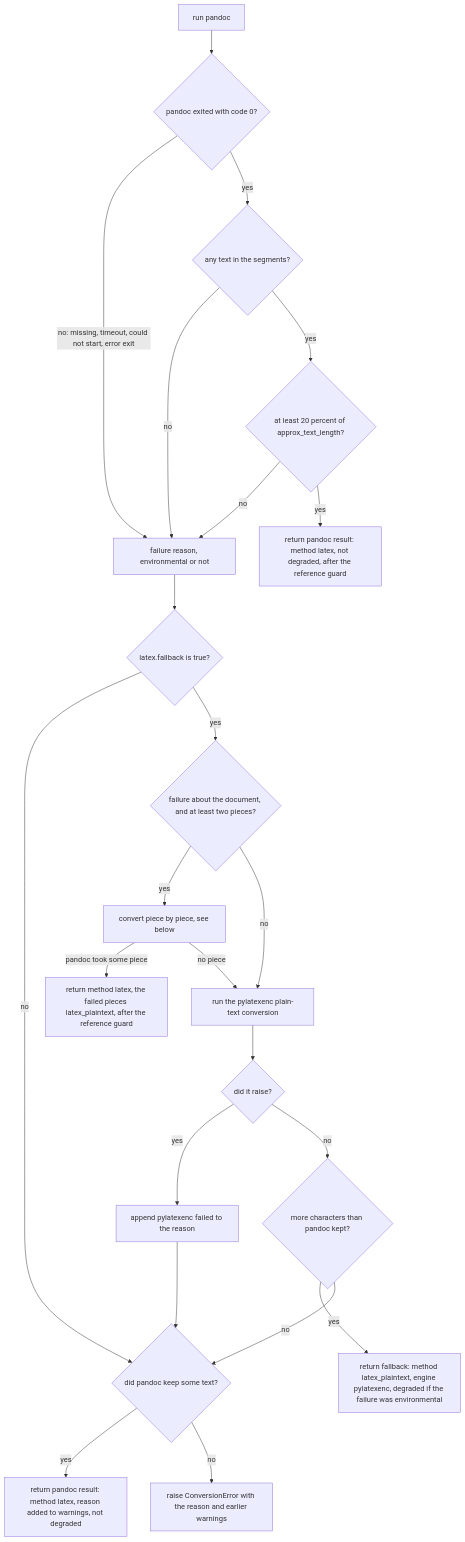
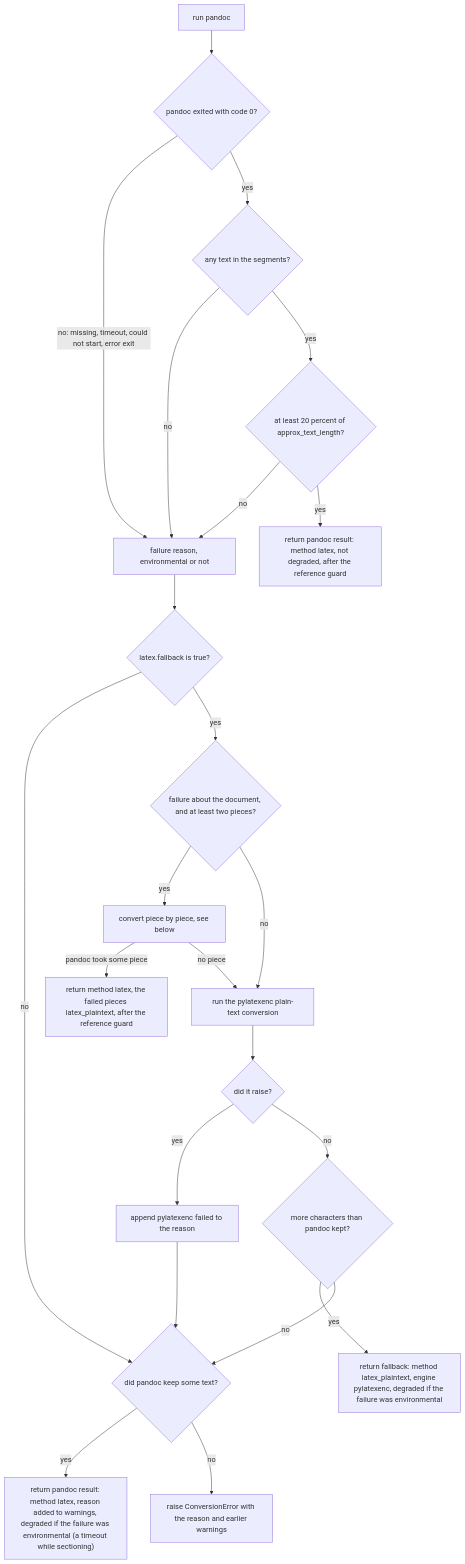
The fourth of 4 diagrams in packages/docingest/src/docingest/adapters/converters/README.md (LaloAsetsu/research-engine), drawn with Mermaid before and after one commit. The commit also changed other lines of this file and 4 other files, not shown here.

First line of the commit message:
fix(docingest): mark a short pandoc result degraded after a timeout

````diff
--- a/packages/docingest/src/docingest/adapters/converters/README.md
+++ b/packages/docingest/src/docingest/adapters/converters/README.md
@@ -392,25 +392,25 @@
 ```mermaid
 flowchart TD
     RUN["run pandoc"] --> RAN{"pandoc exited with code 0?"}
     RAN -->|"no: missing, timeout, could not start, error exit"| FAIL["failure reason, environmental or not"]
     RAN -->|"yes"| ANY{"any text in the segments?"}
     ANY -->|"no"| FAIL
     ANY -->|"yes"| RATIO{"at least 20 percent of approx_text_length?"}
     RATIO -->|"no"| FAIL
     RATIO -->|"yes"| GOOD["return pandoc result: method latex, not degraded, after the reference guard"]
     FAIL --> FBON{"latex.fallback is true?"}
     FBON -->|"no"| SOME{"did pandoc keep some text?"}
     FBON -->|"yes"| DOC{"failure about the document, and at least two pieces?"}
     DOC -->|"yes"| SEC["convert piece by piece, see below"]
     SEC -->|"pandoc took some piece"| MIXED["return method latex, the failed pieces latex_plaintext, after the reference guard"]
     SEC -->|"no piece"| PLAIN
     DOC -->|"no"| PLAIN["run the pylatexenc plain-text conversion"]
     PLAIN --> CRASH{"did it raise?"}
     CRASH -->|"yes"| NOTE["append pylatexenc failed to the reason"]
     CRASH -->|"no"| LONGER{"more characters than pandoc kept?"}
     LONGER -->|"yes"| FALLBACK["return fallback: method latex_plaintext, engine pylatexenc, degraded if the failure was environmental"]
     LONGER -->|"no"| SOME
     NOTE --> SOME
-    SOME -->|"yes"| SHORT["return pandoc result: method latex, reason added to warnings, not degraded"]
+    SOME -->|"yes"| SHORT["return pandoc result: method latex, reason added to warnings, degraded if the failure was environmental (a timeout while sectioning)"]
     SOME -->|"no"| RAISE["raise ConversionError with the reason and earlier warnings"]
 ```
````
